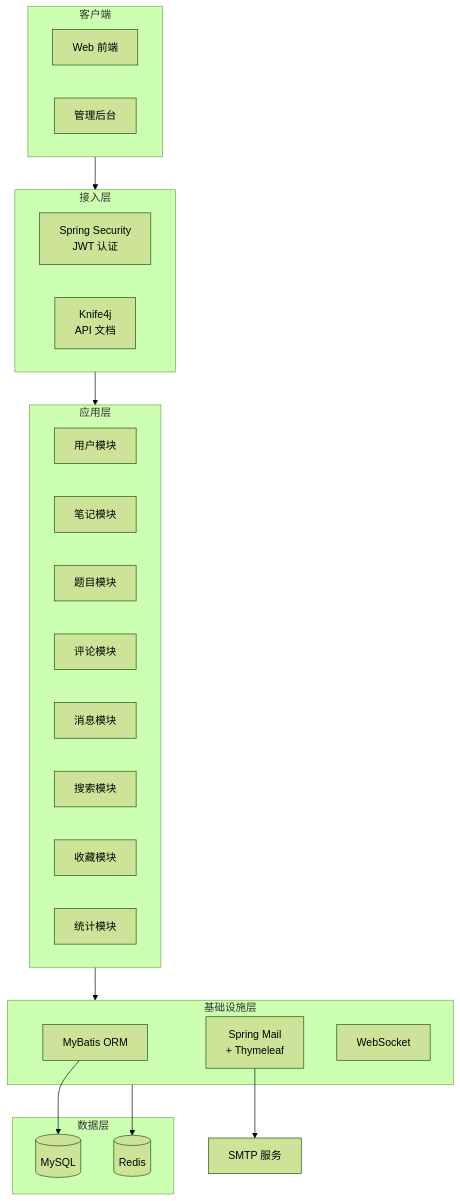
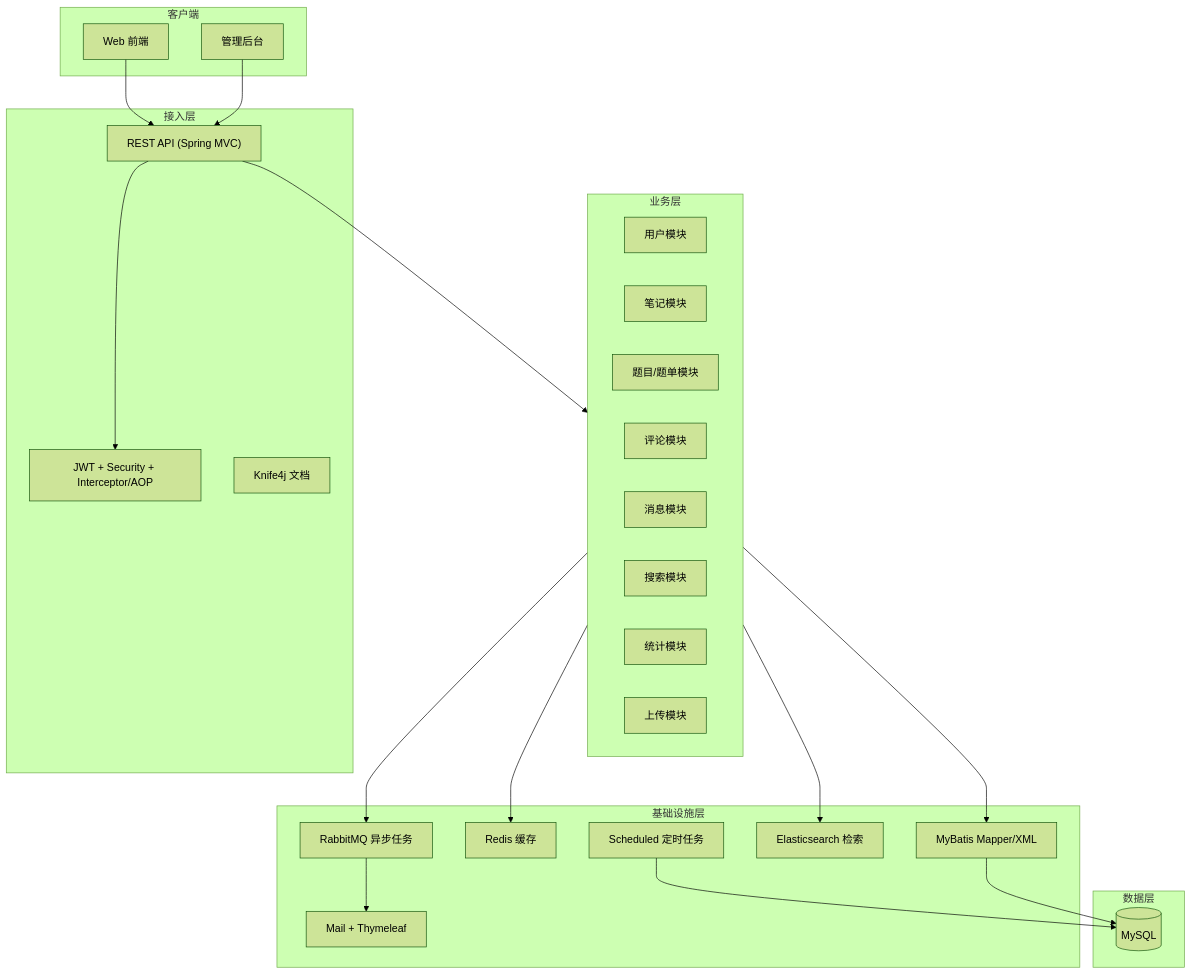
One commit to roocl/note_community changed the diagram in README.md. Above: the diagram before and after it, drawn with Mermaid (forest theme). The commit also changed other lines of this file, not shown here.

````diff
--- a/README.md
+++ b/README.md
@@ -29,42 +46,49 @@
 ```mermaid
 graph TB
     subgraph Client["客户端"]
         WEB["Web 前端"]
         ADMIN["管理后台"]
     end
 
-    subgraph Gateway["接入层"]
-        SECURITY["Spring Security<br/>JWT 认证"]
-        KNIFE4J["Knife4j<br/>API 文档"]
+    subgraph Access["接入层"]
+        API["REST API (Spring MVC)"]
+        AUTH["JWT + Security + Interceptor/AOP"]
+        DOC["Knife4j 文档"]
     end
 
-    subgraph Application["应用层"]
-        direction LR
-        UC["用户模块"]
-        NC["笔记模块"]
-        QC["题目模块"]
-        CC["评论模块"]
-        MC["消息模块"]
-        SC["搜索模块"]
-        COL["收藏模块"]
+    subgraph Biz["业务层"]
+        USER["用户模块"]
+        NOTE["笔记模块"]
+        QUESTION["题目/题单模块"]
+        COMMENT["评论模块"]
+        MSG["消息模块"]
+        SEARCH["搜索模块"]
         STAT["统计模块"]
+        FILE["上传模块"]
     end
 
-    subgraph Infrastructure["基础设施层"]
-        MYBATIS["MyBatis ORM"]
-        MAIL["Spring Mail<br/>+ Thymeleaf"]
-        WS["WebSocket"]
+    subgraph Infra["基础设施层"]
+        MYBATIS["MyBatis Mapper/XML"]
+        REDIS["Redis 缓存"]
+        MQ["RabbitMQ 异步任务"]
+        ES["Elasticsearch 检索"]
+        MAIL["Mail + Thymeleaf"]
+        SCHED["Scheduled 定时任务"]
     end
 
-    subgraph Storage["数据层"]
+    subgraph Data["数据层"]
         MYSQL[("MySQL")]
-        REDIS[("Redis")]
     end
 
-    Client --> Gateway
-    Gateway --> Application
-    Application --> Infrastructure
+    WEB --> API
+    ADMIN --> API
+    API --> AUTH
+    API --> Biz
+    Biz --> MYBATIS
+    Biz --> REDIS
+    Biz --> MQ
+    Biz --> ES
+    MQ --> MAIL
+    SCHED --> MYSQL
     MYBATIS --> MYSQL
-    MAIL --> EXT_SMTP["SMTP 服务"]
-    Infrastructure --> REDIS
 ```
````
